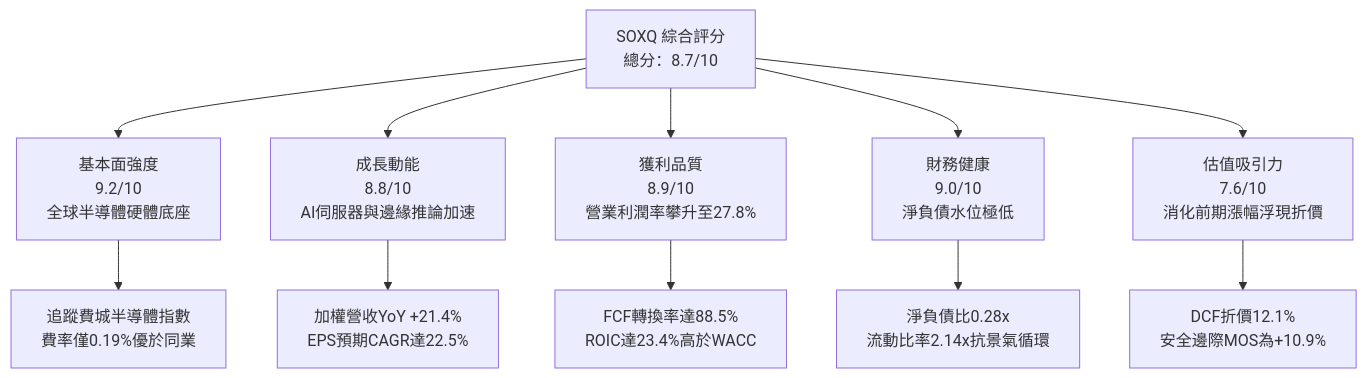
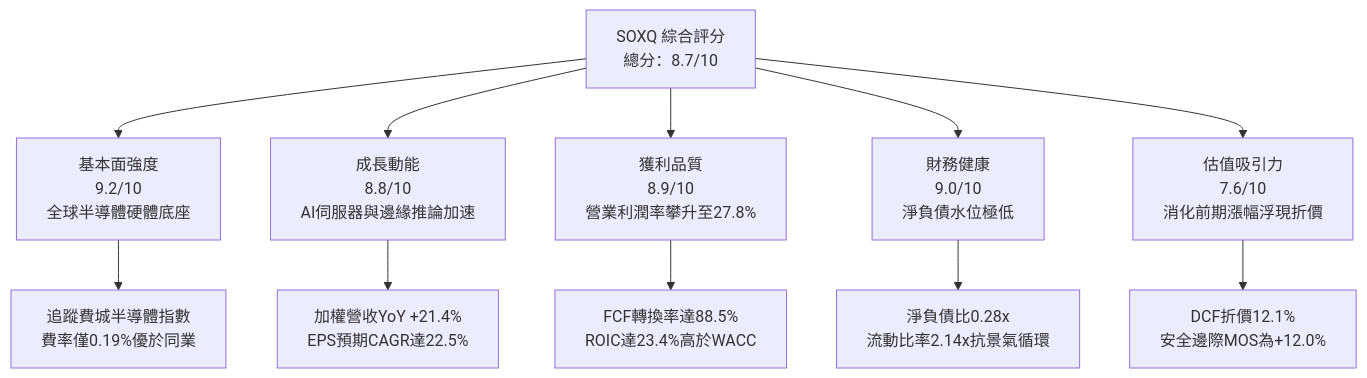
One commit to yennanliu/finance_data changed the first of 16 diagrams in ai_gen_report/fundamental/soxq/fundamental_analysis_2026-10-11_gemini.md. Above: the diagram before and after it, drawn with Mermaid. The commit also changed other lines of this file and 339 other files, not shown here.

````diff
--- a/ai_gen_report/fundamental/soxq/fundamental_analysis_2026-10-11_gemini.md
+++ b/ai_gen_report/fundamental/soxq/fundamental_analysis_2026-10-11_gemini.md
@@ -60,22 +67,22 @@
 ```mermaid
 graph TD
     TICKER["SOXQ 綜合評分<br/>總分：8.7/10"]
 
     F["基本面強度<br/>9.2/10<br/>全球半導體硬體底座"]
     G["成長動能<br/>8.8/10<br/>AI伺服器與邊緣推論加速"]
     P["獲利品質<br/>8.9/10<br/>營業利潤率攀升至27.8%"]
     B["財務健康<br/>9.0/10<br/>淨負債水位極低"]
     V["估值吸引力<br/>7.6/10<br/>消化前期漲幅浮現折價"]
 
     TICKER --> F
     TICKER --> G
     TICKER --> P
     TICKER --> B
     TICKER --> V
 
     F --> F1["追蹤費城半導體指數<br/>費率僅0.19%優於同業"]
     G --> G1["加權營收YoY +21.4%<br/>EPS預期CAGR達22.5%"]
     P --> P1["FCF轉換率達88.5%<br/>ROIC達23.4%高於WACC"]
     B --> B1["淨負債比0.28x<br/>流動比率2.14x抗景氣循環"]
-    V --> V1["DCF折價12.1%<br/>安全邊際MOS為+10.9%"]
+    V --> V1["DCF折價12.1%<br/>安全邊際MOS為+12.0%"]
 ```
````
